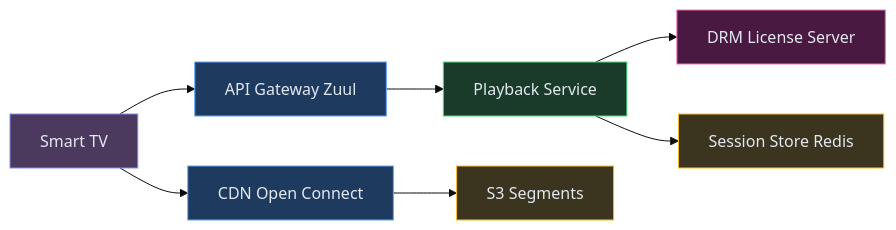
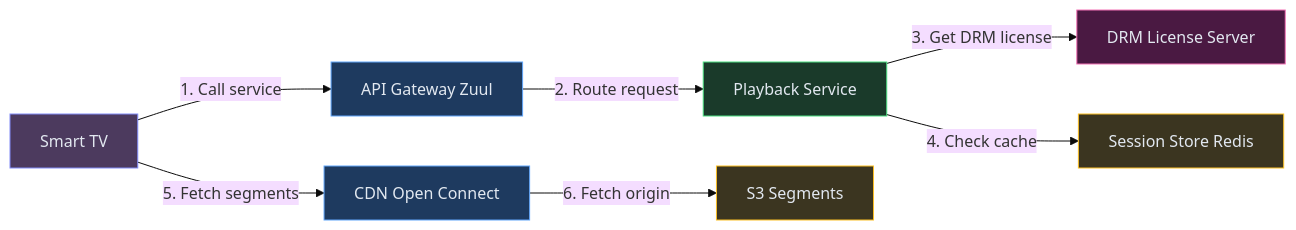
Before and after one commit to iluzn/HLD-Designs: the third of 10 diagrams in content/hld/Netflix.md, drawn with Mermaid (base theme). The commit also changed other lines of this file and 27 other files, not shown here.

````diff
--- a/content/hld/Netflix.md
+++ b/content/hld/Netflix.md
@@ -250,24 +250,24 @@
 ```mermaid
 flowchart LR
     TV["Smart TV"]:::client
     GW["API Gateway Zuul"]:::edge
     PS["Playback Service"]:::service
     DRM["DRM License Server"]:::external
     CDN["CDN Open Connect"]:::edge
     S3["S3 Segments"]:::data
     SS["Session Store Redis"]:::data
 
-    TV --> GW
-    GW --> PS
-    PS --> DRM
-    PS --> SS
-    TV --> CDN
-    CDN --> S3
+    TV -->|"1. Call service"| GW
+    GW -->|"2. Route request"| PS
+    PS -->|"3. Get DRM license"| DRM
+    PS -->|"4. Check cache"| SS
+    TV -->|"5. Fetch segments"| CDN
+    CDN -->|"6. Fetch origin"| S3
 
     classDef client fill:#4c3a5e,stroke:#818cf8,color:#e2e8f0
     classDef edge fill:#1e3a5f,stroke:#60a5fa,color:#e2e8f0
     classDef service fill:#1a3a2a,stroke:#4ade80,color:#e2e8f0
     classDef async fill:#3b1f5e,stroke:#c084fc,color:#e2e8f0
     classDef data fill:#3b3520,stroke:#fbbf24,color:#e2e8f0
     classDef external fill:#4a1942,stroke:#f472b6,color:#e2e8f0
 ```
````
